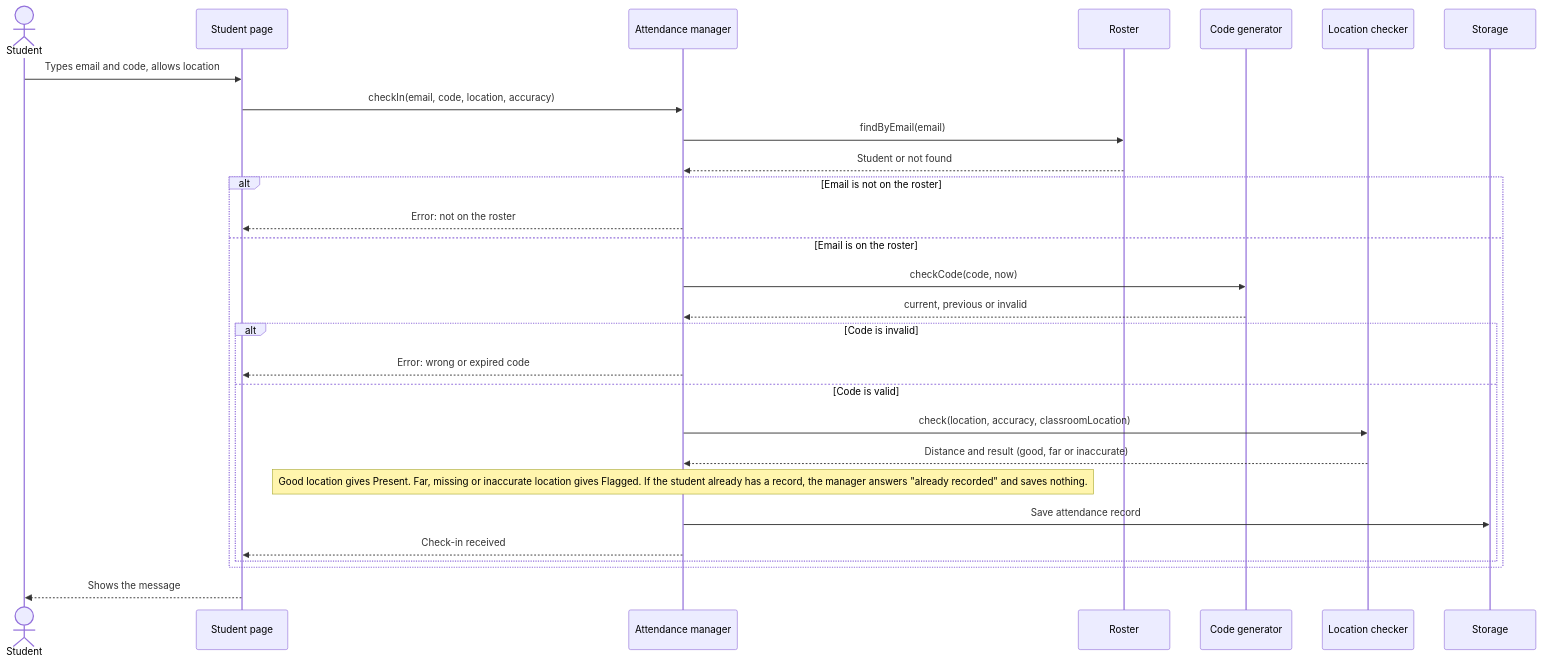
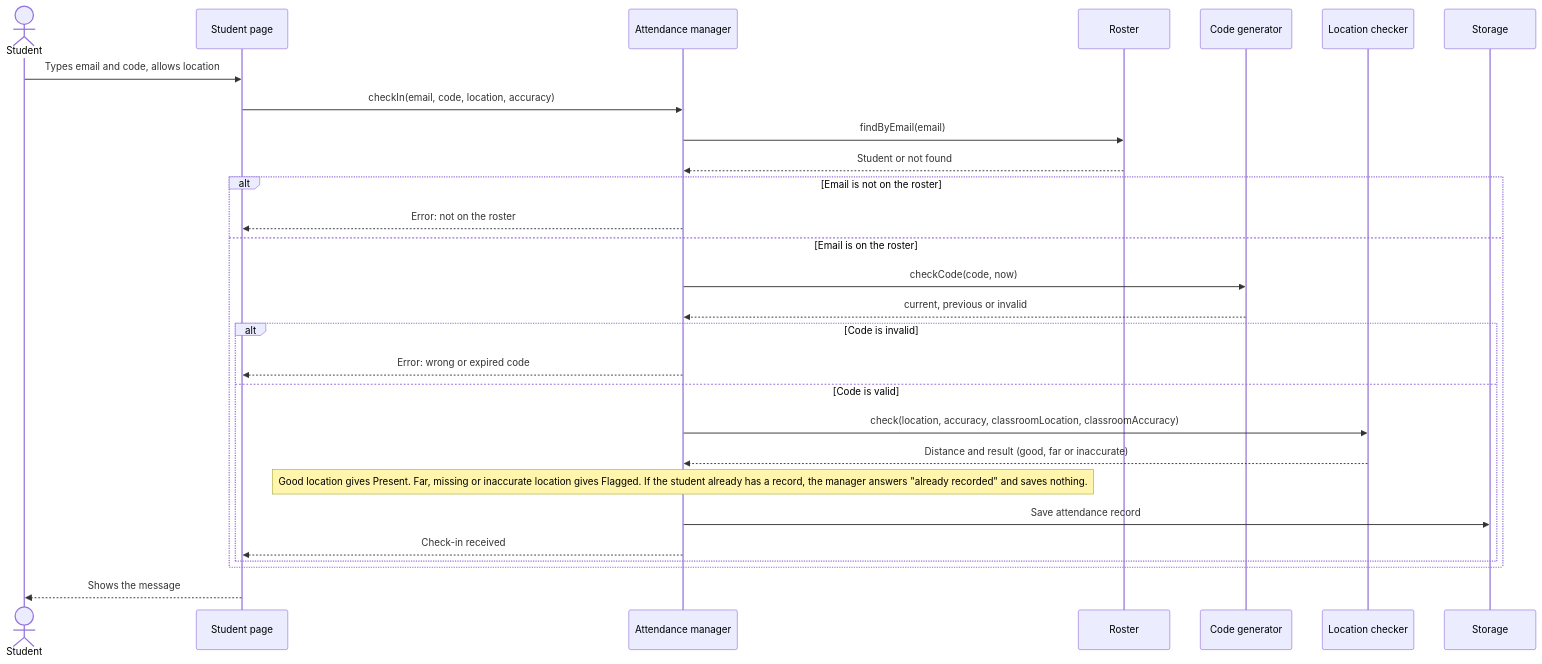
One commit to Maycaspi110/Class_Attendance changed the second of 6 diagrams in diagrams.md. Above: the diagram before and after it, drawn with Mermaid. The commit also changed other lines of this file and 4 other files, not shown here.

````diff
--- a/diagrams.md
+++ b/diagrams.md
@@ -134,31 +135,31 @@
 ```mermaid
 sequenceDiagram
   actor St as Student
   participant SP as Student page
   participant AM as Attendance manager
   participant R as Roster
   participant CG as Code generator
   participant LC as Location checker
   participant DB as Storage
 
   St->>SP: Types email and code, allows location
   SP->>AM: checkIn(email, code, location, accuracy)
   AM->>R: findByEmail(email)
   R-->>AM: Student or not found
   alt Email is not on the roster
     AM-->>SP: Error: not on the roster
   else Email is on the roster
     AM->>CG: checkCode(code, now)
     CG-->>AM: current, previous or invalid
     alt Code is invalid
       AM-->>SP: Error: wrong or expired code
     else Code is valid
-      AM->>LC: check(location, accuracy, classroomLocation)
+      AM->>LC: check(location, accuracy, classroomLocation, classroomAccuracy)
       LC-->>AM: Distance and result (good, far or inaccurate)
       Note over AM: Good location gives Present. Far, missing or inaccurate location gives Flagged. If the student already has a record, the manager answers "already recorded" and saves nothing.
       AM->>DB: Save attendance record
       AM-->>SP: Check-in received
     end
   end
   SP-->>St: Shows the message
 ```
````
